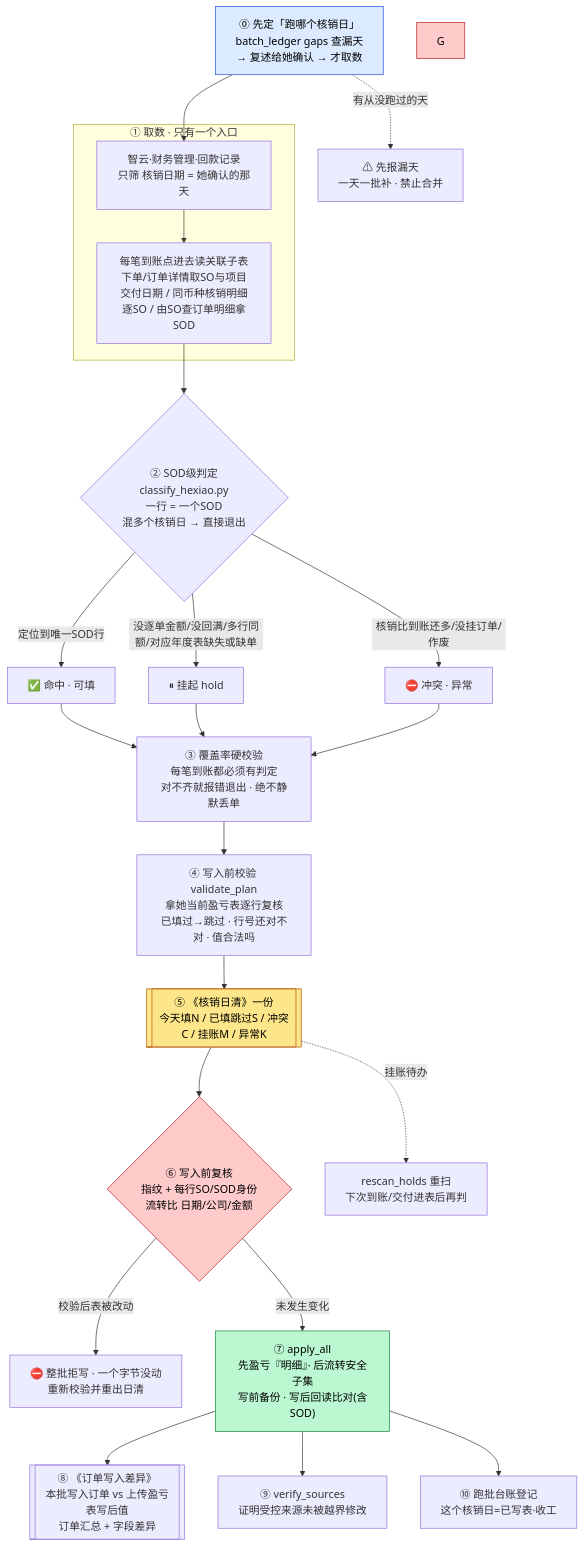
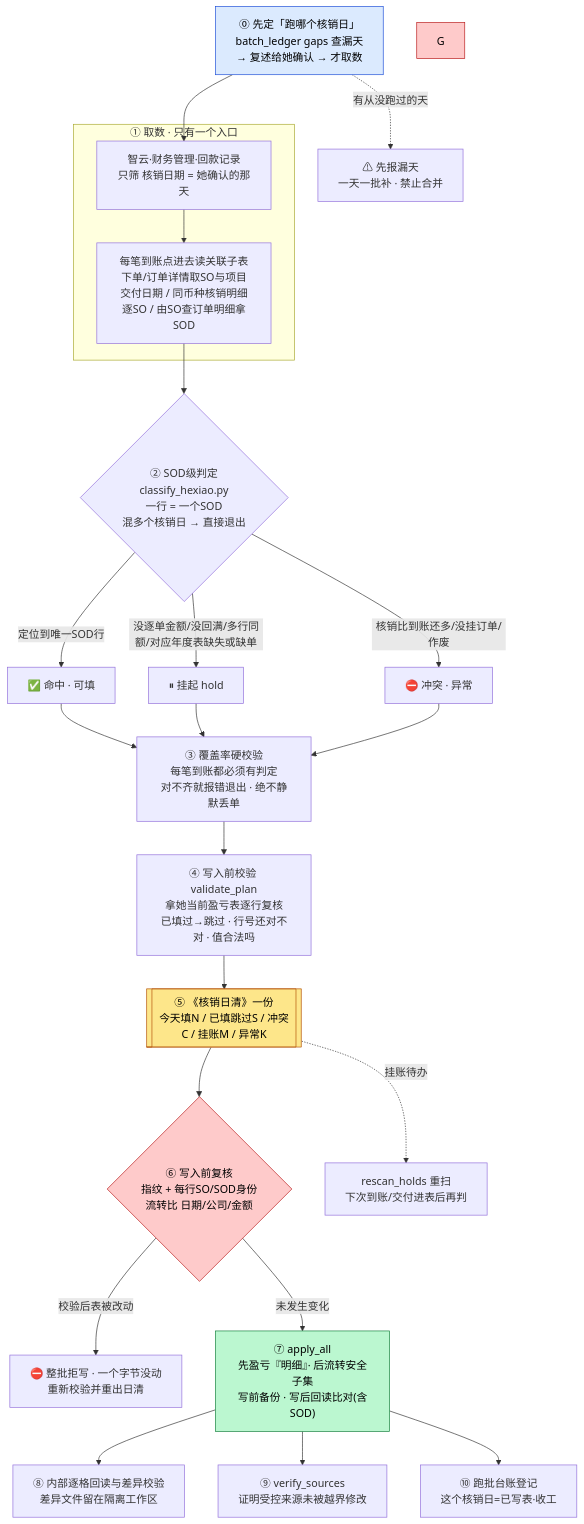
The first of 2 diagrams in skills/ar-hexiao-daily/README.md (ErenYeager2002/financial_pj), drawn with Mermaid before and after one commit. The commit also changed other lines of this file and 123 other files, not shown here.

````diff
--- a/skills/ar-hexiao-daily/README.md
+++ b/skills/ar-hexiao-daily/README.md
@@ -56,30 +56,30 @@
 ```mermaid
 flowchart TD
     D0["⓪ 先定「跑哪个核销日」<br/>batch_ledger gaps 查漏天<br/>→ 复述给她确认 → 才取数"] --> A
     D0 -.->|"有从没跑过的天"| GAP["⚠ 先报漏天<br/>一天一批补 · 禁止合并"]
     subgraph 取数["① 取数 · 只有一个入口"]
         A["智云·财务管理·回款记录<br/>只筛 核销日期 = 她确认的那天"] --> B["每笔到账点进去读关联子表<br/>下单/订单详情取SO与项目交付日期 / 同币种核销明细逐SO / 由SO查订单明细拿SOD"]
     end
     B --> C{"② SOD级判定<br/>classify_hexiao.py<br/>一行 = 一个SOD<br/>混多个核销日 → 直接退出"}
     C -->|"定位到唯一SOD行"| HIT["✅ 命中 · 可填"]
     C -->|"没逐单金额/没回满/多行同额/对应年度表缺失或缺单"| HOLD["⏸ 挂起 hold"]
     C -->|"核销比到账还多/没挂订单/作废"| EXC["⛔ 冲突 · 异常"]
     HIT --> COV
     HOLD --> COV
     EXC --> COV
     COV["③ 覆盖率硬校验<br/>每笔到账都必须有判定<br/>对不齐就报错退出 · 绝不静默丢单"] --> V["④ 写入前校验 validate_plan<br/>拿她当前盈亏表逐行复核<br/>已填过→跳过 · 行号还对不对 · 值合法吗"]
     V --> W[["⑤ 《核销日清》一份<br/>今天填N / 已填跳过S / 冲突C / 挂账M / 异常K"]]
     W --> PRE{"⑥ 写入前复核<br/>指纹 + 每行SO/SOD身份<br/>流转比 日期/公司/金额"}
     PRE -->|"校验后表被改动"| REDO["⛔ 整批拒写 · 一个字节没动<br/>重新校验并重出日清"]
     PRE -->|"未发生变化"| AP["⑦ apply_all<br/>先盈亏『明细』· 后流转安全子集<br/>写前备份 · 写后回读比对(含SOD)"]
-    AP --> DIFF[["⑧ 《订单写入差异》<br/>本批写入订单 vs 上传盈亏表写后值<br/>订单汇总 + 字段差异"]]
-    AP --> VS["⑨ verify_sources<br/>证明受控来源未被越界修改"]
+    AP --> VS["⑧ 内部逐格回读与差异校验<br/>差异文件留在隔离工作区"]
+    AP --> VERIFY["⑨ verify_sources<br/>证明受控来源未被越界修改"]
     AP --> BL["⑩ 跑批台账登记<br/>这个核销日=已写表·收工"]
     W -.->|"挂账待办"| R["rescan_holds 重扫<br/>下次到账/交付进表后再判"]
 
     style D0 fill:#dbeafe,stroke:#1d4ed8,color:#000
     style W fill:#fde68a,stroke:#b45309,color:#000
     style G fill:#fecaca,stroke:#b91c1c,color:#000
     style PRE fill:#fecaca,stroke:#b91c1c,color:#000
     style AP fill:#bbf7d0,stroke:#15803d,color:#000
 ```
````
